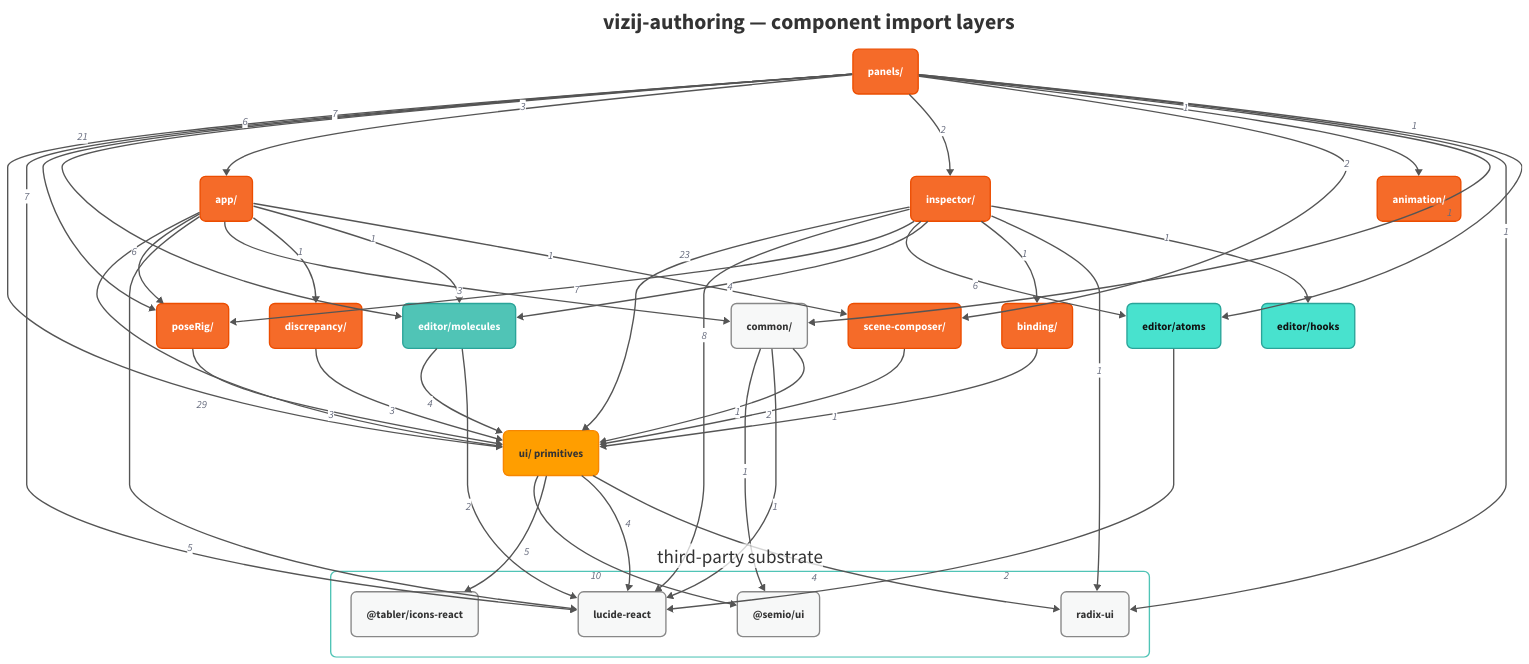
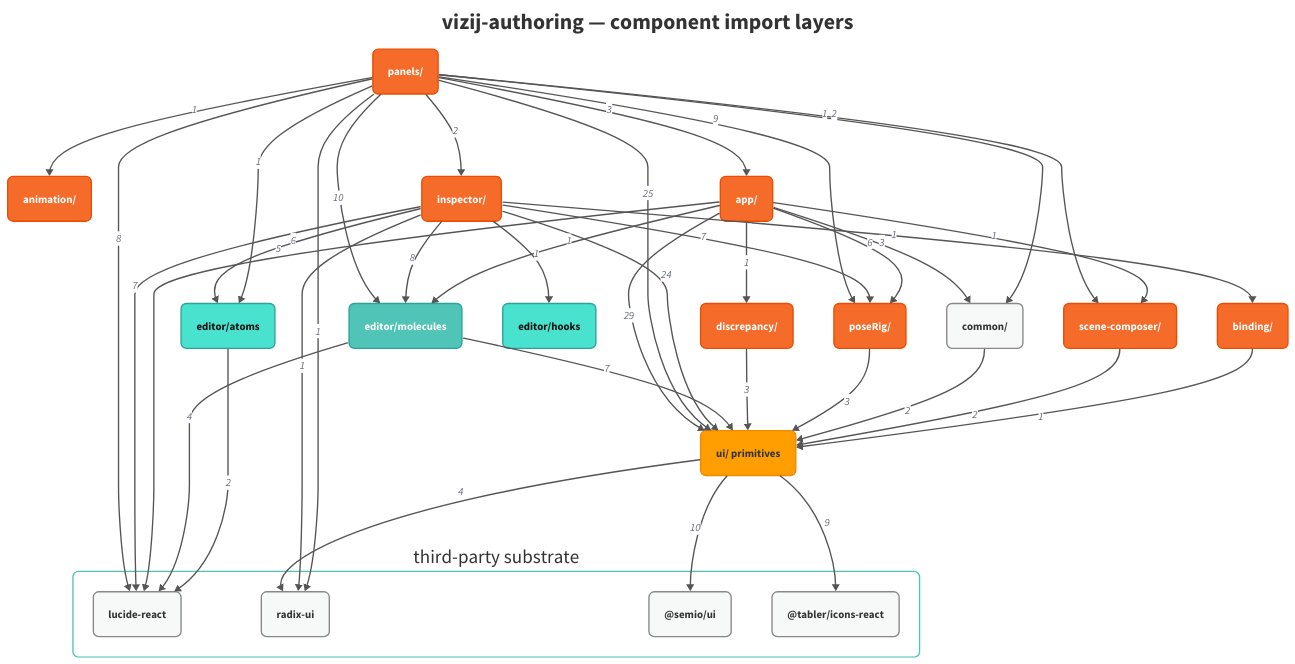
Before and after one commit to vizij-ai/vizij-web: the diagram in apps/vizij-authoring/docs/references/component-graph-layers.d2, drawn with D2. The commit also changed 3 other files, not shown here.

First line of the commit message:
docs(authoring): regenerate the component graphs

```diff
--- a/apps/vizij-authoring/docs/references/component-graph-layers.d2
+++ b/apps/vizij-authoring/docs/references/component-graph-layers.d2
@@ -1,79 +1,76 @@
 # GENERATED — do not edit by hand.
 # Regenerate: node scripts/component-graph.mjs layers > docs/references/component-graph-layers.d2
 # Render:     d2 --font-regular <Questrial-Regular.ttf> <in>.d2 <out>.svg
 
 vars: { d2-config: { theme-id: 0; pad: 24; sketch: false; layout-engine: dagre } }
 
 classes: {
   primary:   { style: { fill: "#50C4B6"; stroke: "#2AA499"; font-color: "#FFFFFF"; border-radius: 8; stroke-width: 2 } }
   secondary: { style: { fill: "#F56B29"; stroke: "#EC4D00"; font-color: "#FFFFFF"; border-radius: 8; stroke-width: 2 } }
   highlight: { style: { fill: "#FF9E00"; stroke: "#F78600"; font-color: "#333333"; border-radius: 8; stroke-width: 2 } }
   neutral:   { style: { fill: "#F7F8F8"; stroke: "#888888"; font-color: "#333333"; border-radius: 8; stroke-width: 2 } }
   emphasis:  { style: { fill: "#48E2CE"; stroke: "#2AA499"; font-color: "#111111"; border-radius: 8; stroke-width: 2 } }
   group:     { style: { fill: "#FFFFFF"; stroke: "#50C4B6"; font-color: "#333333"; border-radius: 8; stroke-width: 2 } }
 }
 
 title: "vizij-authoring — component import layers" { near: top-center; shape: text; style: { font-size: 32; bold: true; font-color: "#333333" } }
 
 external_g: "third-party substrate" {
   class: group
   lucide: "lucide-react" { class: neutral }
+  radix_ui: "radix-ui" { class: neutral }
   semio_ui: "@semio/ui" { class: neutral }
-  radix_ui: "radix-ui" { class: neutral }
   tabler: "@tabler/icons-react" { class: neutral }
 }
 
 animation: "animation/" { class: secondary }
 app: "app/" { class: secondary }
 ui: "ui/ primitives" { class: highlight }
 discrepancy: "discrepancy/" { class: secondary }
 poseRig: "poseRig/" { class: secondary }
 common: "common/" { class: neutral }
 editor_molecules: "editor/molecules" { class: primary }
 scene_composer: "scene-composer/" { class: secondary }
 binding: "binding/" { class: secondary }
 editor_atoms: "editor/atoms" { class: emphasis }
 editor_hooks: "editor/hooks" { class: emphasis }
 inspector: "inspector/" { class: secondary }
 panels: "panels/" { class: secondary }
 
 app -> ui: "29" { style: { stroke: "#555555"; stroke-width: 2 } }
-inspector -> ui: "23" { style: { stroke: "#555555"; stroke-width: 2 } }
-panels -> ui: "21" { style: { stroke: "#555555"; stroke-width: 2 } }
+panels -> ui: "25" { style: { stroke: "#555555"; stroke-width: 2 } }
+inspector -> ui: "24" { style: { stroke: "#555555"; stroke-width: 2 } }
+panels -> editor_molecules: "10" { style: { stroke: "#555555"; stroke-width: 2 } }
 ui -> external_g.semio_ui: "10" { style: { stroke: "#555555"; stroke-width: 2 } }
-inspector -> external_g.lucide: "8" { style: { stroke: "#555555"; stroke-width: 2 } }
+panels -> poseRig: "9" { style: { stroke: "#555555"; stroke-width: 2 } }
+ui -> external_g.tabler: "9" { style: { stroke: "#555555"; stroke-width: 2 } }
+inspector -> editor_molecules: "8" { style: { stroke: "#555555"; stroke-width: 2 } }
+panels -> external_g.lucide: "8" { style: { stroke: "#555555"; stroke-width: 2 } }
+editor_molecules -> ui: "7" { style: { stroke: "#555555"; stroke-width: 2 } }
+inspector -> external_g.lucide: "7" { style: { stroke: "#555555"; stroke-width: 2 } }
 inspector -> poseRig: "7" { style: { stroke: "#555555"; stroke-width: 2 } }
-panels -> external_g.lucide: "7" { style: { stroke: "#555555"; stroke-width: 2 } }
-panels -> poseRig: "7" { style: { stroke: "#555555"; stroke-width: 2 } }
 app -> poseRig: "6" { style: { stroke: "#555555"; stroke-width: 2 } }
 inspector -> editor_atoms: "6" { style: { stroke: "#555555"; stroke-width: 2 } }
-panels -> editor_molecules: "6" { style: { stroke: "#555555"; stroke-width: 2 } }
 app -> external_g.lucide: "5" { style: { stroke: "#555555"; stroke-width: 2 } }
-ui -> external_g.tabler: "5" { style: { stroke: "#555555"; stroke-width: 2 } }
-editor_molecules -> ui: "4" { style: { stroke: "#555555"; stroke-width: 2 } }
-inspector -> editor_molecules: "4" { style: { stroke: "#555555"; stroke-width: 2 } }
-ui -> external_g.lucide: "4" { style: { stroke: "#555555"; stroke-width: 2 } }
+editor_molecules -> external_g.lucide: "4" { style: { stroke: "#555555"; stroke-width: 2 } }
 ui -> external_g.radix_ui: "4" { style: { stroke: "#555555"; stroke-width: 2 } }
 app -> common: "3" { style: { stroke: "#555555"; stroke-width: 2 } }
 discrepancy -> ui: "3" { style: { stroke: "#555555"; stroke-width: 2 } }
 panels -> app: "3" { style: { stroke: "#555555"; stroke-width: 2 } }
 poseRig -> ui: "3" { style: { stroke: "#555555"; stroke-width: 2 } }
+common -> ui: "2" { style: { stroke: "#555555"; stroke-width: 2 } }
 editor_atoms -> external_g.lucide: "2" { style: { stroke: "#555555"; stroke-width: 2 } }
-editor_molecules -> external_g.lucide: "2" { style: { stroke: "#555555"; stroke-width: 2 } }
 panels -> inspector: "2" { style: { stroke: "#555555"; stroke-width: 2 } }
 panels -> scene_composer: "2" { style: { stroke: "#555555"; stroke-width: 2 } }
 scene_composer -> ui: "2" { style: { stroke: "#555555"; stroke-width: 2 } }
 app -> discrepancy: "1" { style: { stroke: "#555555"; stroke-width: 2 } }
 app -> editor_molecules: "1" { style: { stroke: "#555555"; stroke-width: 2 } }
 app -> scene_composer: "1" { style: { stroke: "#555555"; stroke-width: 2 } }
 binding -> ui: "1" { style: { stroke: "#555555"; stroke-width: 2 } }
-common -> external_g.semio_ui: "1" { style: { stroke: "#555555"; stroke-width: 2 } }
-common -> external_g.lucide: "1" { style: { stroke: "#555555"; stroke-width: 2 } }
-common -> ui: "1" { style: { stroke: "#555555"; stroke-width: 2 } }
 inspector -> binding: "1" { style: { stroke: "#555555"; stroke-width: 2 } }
 inspector -> external_g.radix_ui: "1" { style: { stroke: "#555555"; stroke-width: 2 } }
 inspector -> editor_hooks: "1" { style: { stroke: "#555555"; stroke-width: 2 } }
 panels -> animation: "1" { style: { stroke: "#555555"; stroke-width: 2 } }
 panels -> common: "1" { style: { stroke: "#555555"; stroke-width: 2 } }
 panels -> external_g.radix_ui: "1" { style: { stroke: "#555555"; stroke-width: 2 } }
 panels -> editor_atoms: "1" { style: { stroke: "#555555"; stroke-width: 2 } }
```
